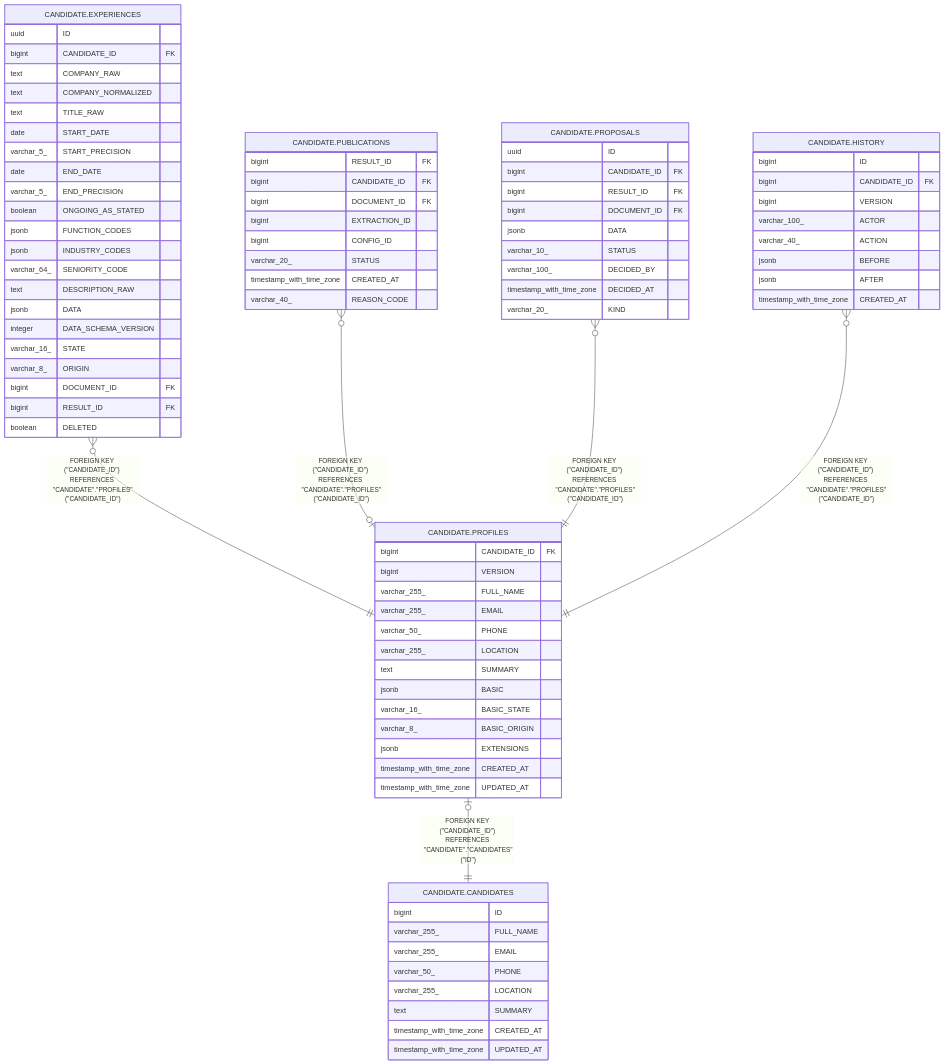
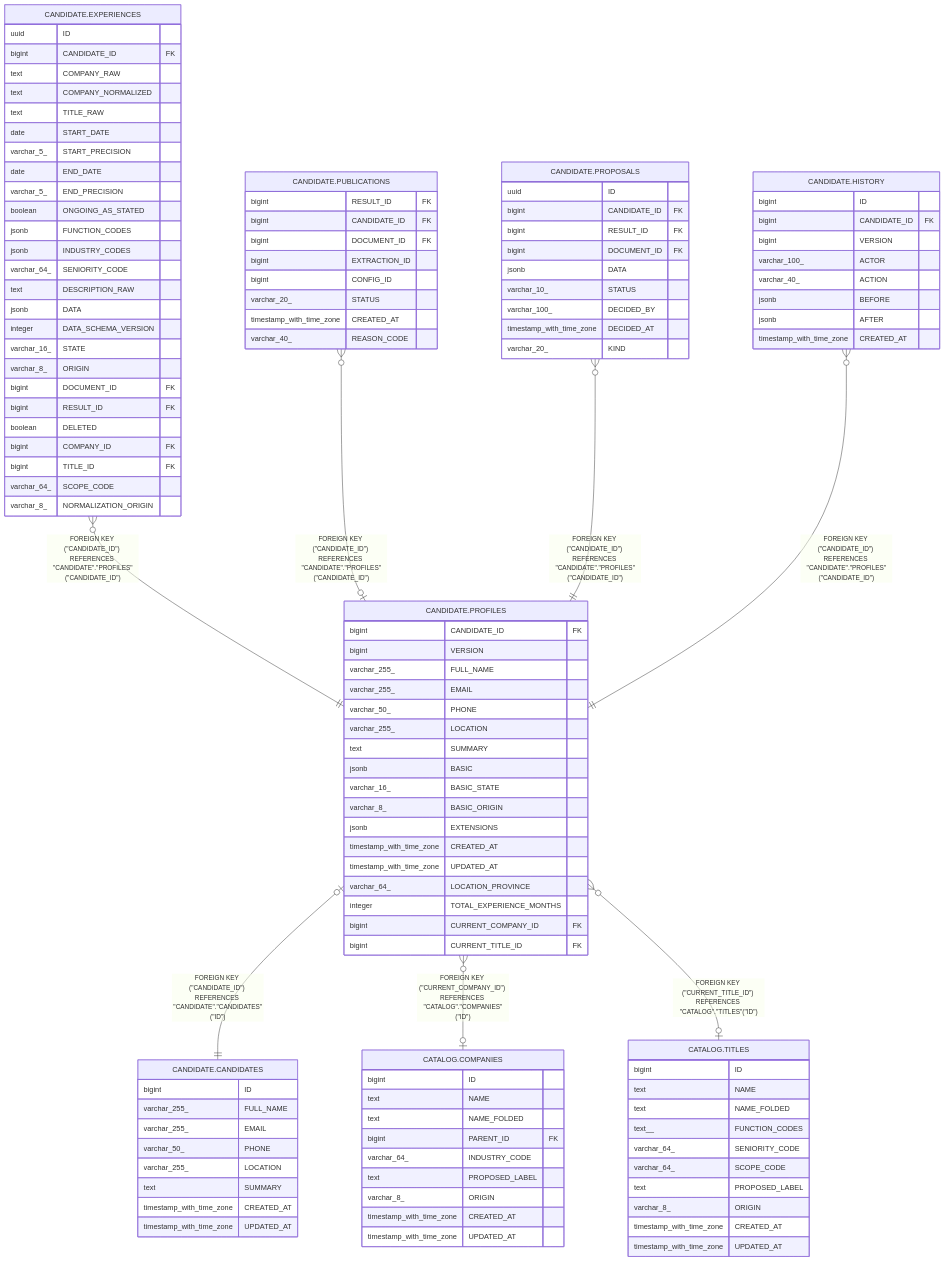
One commit to happidude/cv-compass changed the diagram in docs/db/CANDIDATE.PROFILES.md. Above: the diagram before and after it, drawn with Mermaid. The commit also changed other lines of this file and 32 other files, not shown here.

First line of the commit message:
feat(catalog): add catalog and search schemas with taxonomy and seed import

````diff
--- a/docs/db/CANDIDATE.PROFILES.md
+++ b/docs/db/CANDIDATE.PROFILES.md
@@ -49,6 +56,8 @@
 "CANDIDATE.PUBLICATIONS" }o--o| "CANDIDATE.PROFILES" : "FOREIGN KEY (#quot;CANDIDATE_ID#quot;) REFERENCES #quot;CANDIDATE#quot;.#quot;PROFILES#quot;(#quot;CANDIDATE_ID#quot;)"
 "CANDIDATE.PROPOSALS" }o--|| "CANDIDATE.PROFILES" : "FOREIGN KEY (#quot;CANDIDATE_ID#quot;) REFERENCES #quot;CANDIDATE#quot;.#quot;PROFILES#quot;(#quot;CANDIDATE_ID#quot;)"
 "CANDIDATE.HISTORY" }o--|| "CANDIDATE.PROFILES" : "FOREIGN KEY (#quot;CANDIDATE_ID#quot;) REFERENCES #quot;CANDIDATE#quot;.#quot;PROFILES#quot;(#quot;CANDIDATE_ID#quot;)"
+"CANDIDATE.PROFILES" }o--o| "CATALOG.COMPANIES" : "FOREIGN KEY (#quot;CURRENT_COMPANY_ID#quot;) REFERENCES #quot;CATALOG#quot;.#quot;COMPANIES#quot;(#quot;ID#quot;)"
+"CANDIDATE.PROFILES" }o--o| "CATALOG.TITLES" : "FOREIGN KEY (#quot;CURRENT_TITLE_ID#quot;) REFERENCES #quot;CATALOG#quot;.#quot;TITLES#quot;(#quot;ID#quot;)"
 
 "CANDIDATE.PROFILES" {
   bigint CANDIDATE_ID FK
@@ -64,6 +73,10 @@
   jsonb EXTENSIONS
   timestamp_with_time_zone CREATED_AT
   timestamp_with_time_zone UPDATED_AT
+  varchar_64_ LOCATION_PROVINCE
+  integer TOTAL_EXPERIENCE_MONTHS
+  bigint CURRENT_COMPANY_ID FK
+  bigint CURRENT_TITLE_ID FK
 }
 "CANDIDATE.CANDIDATES" {
   bigint ID
@@ -97,6 +110,10 @@
   bigint DOCUMENT_ID FK
   bigint RESULT_ID FK
   boolean DELETED
+  bigint COMPANY_ID FK
+  bigint TITLE_ID FK
+  varchar_64_ SCOPE_CODE
+  varchar_8_ NORMALIZATION_ORIGIN
 }
 "CANDIDATE.PUBLICATIONS" {
   bigint RESULT_ID FK
@@ -129,4 +146,27 @@
   jsonb AFTER
   timestamp_with_time_zone CREATED_AT
 }
+"CATALOG.COMPANIES" {
+  bigint ID
+  text NAME
+  text NAME_FOLDED
+  bigint PARENT_ID FK
+  varchar_64_ INDUSTRY_CODE
+  text PROPOSED_LABEL
+  varchar_8_ ORIGIN
+  timestamp_with_time_zone CREATED_AT
+  timestamp_with_time_zone UPDATED_AT
+}
+"CATALOG.TITLES" {
+  bigint ID
+  text NAME
+  text NAME_FOLDED
+  text__ FUNCTION_CODES
+  varchar_64_ SENIORITY_CODE
+  varchar_64_ SCOPE_CODE
+  text PROPOSED_LABEL
+  varchar_8_ ORIGIN
+  timestamp_with_time_zone CREATED_AT
+  timestamp_with_time_zone UPDATED_AT
+}
 ```
````
